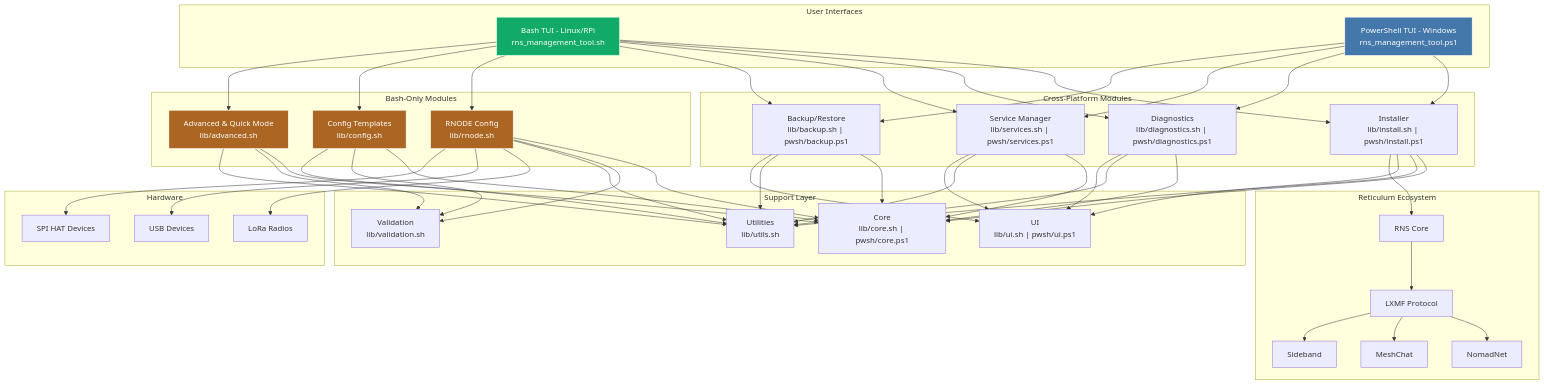
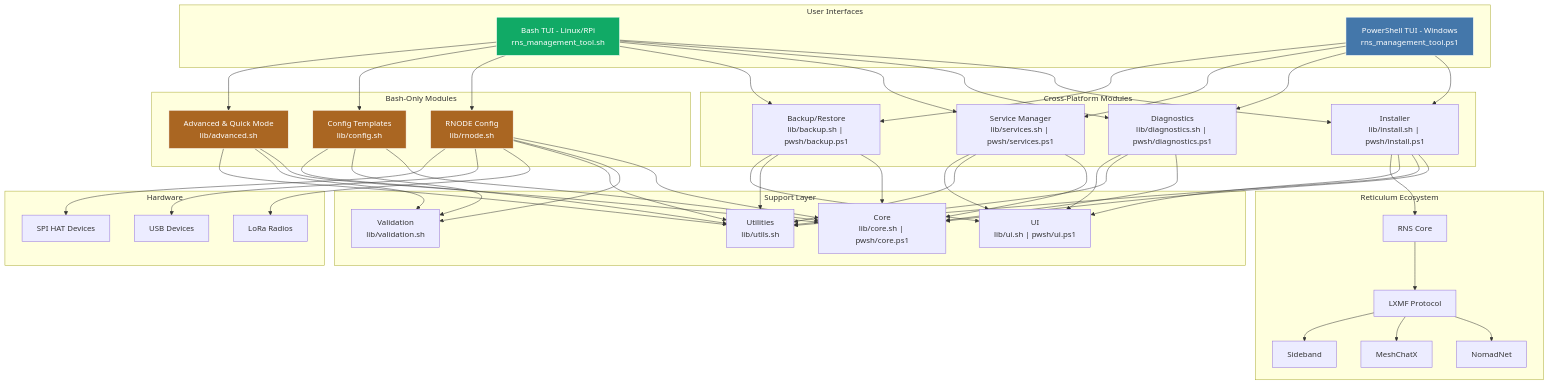
Before and after one commit to Nursedude/RNS-Management-Tool: the third of 5 diagrams in README.md, drawn with Mermaid. The commit also changed other lines of this file and 23 other files, not shown here.

First line of the commit message:
feat(install): migrate MeshChat → MeshChatX (pip wheel, no Node.js)

````diff
--- a/README.md
+++ b/README.md
@@ -406,58 +412,58 @@
 ```mermaid
 graph TB
     subgraph "User Interfaces"
         TUI["Bash TUI - Linux/RPi<br/>rns_management_tool.sh"]
         PS["PowerShell TUI - Windows<br/>rns_management_tool.ps1"]
     end
 
     subgraph "Cross-Platform Modules"
         INST["Installer<br/>lib/install.sh | pwsh/install.ps1"]
         DIAG["Diagnostics<br/>lib/diagnostics.sh | pwsh/diagnostics.ps1"]
         SVC["Service Manager<br/>lib/services.sh | pwsh/services.ps1"]
         BACKUP["Backup/Restore<br/>lib/backup.sh | pwsh/backup.ps1"]
     end
 
     subgraph "Bash-Only Modules"
         RNODE["RNODE Config<br/>lib/rnode.sh"]
         CONFIG["Config Templates<br/>lib/config.sh"]
         ADV["Advanced & Quick Mode<br/>lib/advanced.sh"]
     end
 
     subgraph "Support Layer"
         CORE["Core<br/>lib/core.sh | pwsh/core.ps1"]
         VALID["Validation<br/>lib/validation.sh"]
         UTILS["Utilities<br/>lib/utils.sh"]
         UIMOD["UI<br/>lib/ui.sh | pwsh/ui.ps1"]
     end
 
     subgraph "Reticulum Ecosystem"
         RNS["RNS Core"]
         LXMF["LXMF Protocol"]
         NOMAD["NomadNet"]
-        MESH["MeshChat"]
+        MESH["MeshChatX"]
         SIDE["Sideband"]
     end
 
     subgraph "Hardware"
         LORA["LoRa Radios"]
         USB["USB Devices"]
         SPI["SPI HAT Devices"]
     end
 
     TUI --> INST & DIAG & SVC & BACKUP
     TUI --> RNODE & CONFIG & ADV
     PS --> INST & DIAG & SVC & BACKUP
 
     INST & DIAG & SVC & BACKUP --> CORE & UTILS & UIMOD
     RNODE & CONFIG & ADV --> CORE & VALID & UTILS
 
     INST --> RNS --> LXMF
     LXMF --> NOMAD & MESH & SIDE
     RNODE --> LORA & USB & SPI
 
     style TUI fill:#1a6,stroke:#fff,color:#fff
     style PS fill:#47a,stroke:#fff,color:#fff
     style RNODE fill:#a62,stroke:#fff,color:#fff
     style CONFIG fill:#a62,stroke:#fff,color:#fff
     style ADV fill:#a62,stroke:#fff,color:#fff
 ```
````
